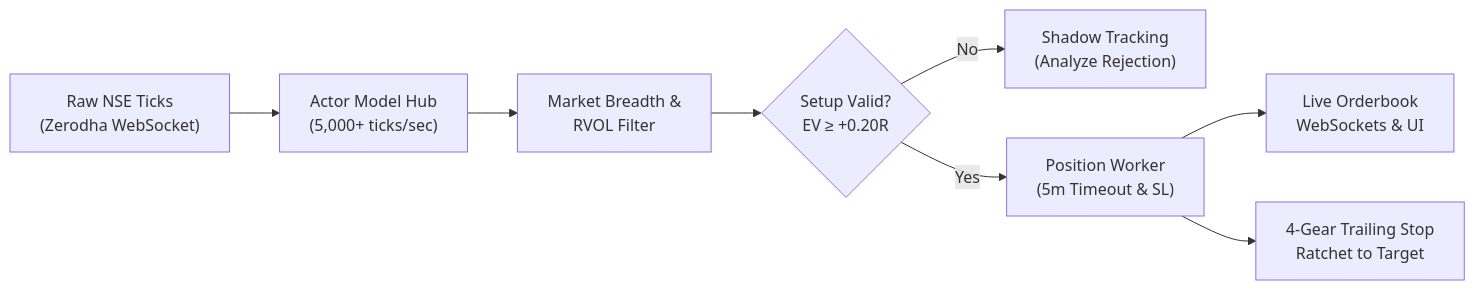
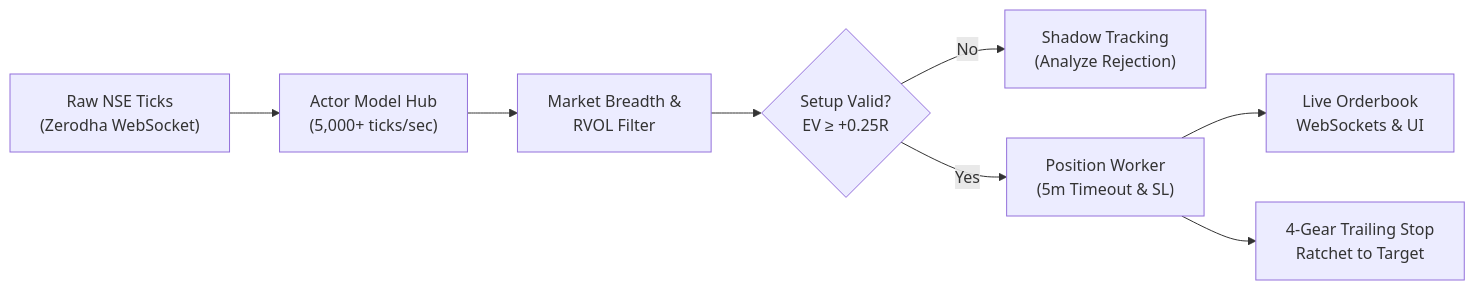
The first of 3 diagrams in README.md (ajaynegi33/AlgoTrade), drawn with Mermaid before and after one commit. The commit also changed other lines of this file and 1 other file, not shown here.

Commit message:
docs: add intraday stock selection and playbook timing architecture to README

````diff
--- a/README.md
+++ b/README.md
@@ -49,10 +50,10 @@
 ```mermaid
 flowchart LR
     A["Raw NSE Ticks<br/>(Zerodha WebSocket)"] --> B["Actor Model Hub<br/>(5,000+ ticks/sec)"]
     B --> C["Market Breadth &<br/>RVOL Filter"]
-    C --> D{"Setup Valid?<br/>EV ≥ +0.20R"}
+    C --> D{"Setup Valid?<br/>EV ≥ +0.25R"}
     D -->|No| E["Shadow Tracking<br/>(Analyze Rejection)"]
     D -->|Yes| F["Position Worker<br/>(5m Timeout & SL)"]
     F --> G["Live Orderbook<br/>WebSockets & UI"]
     F --> H["4-Gear Trailing Stop<br/>Ratchet to Target"]
 ```
````
